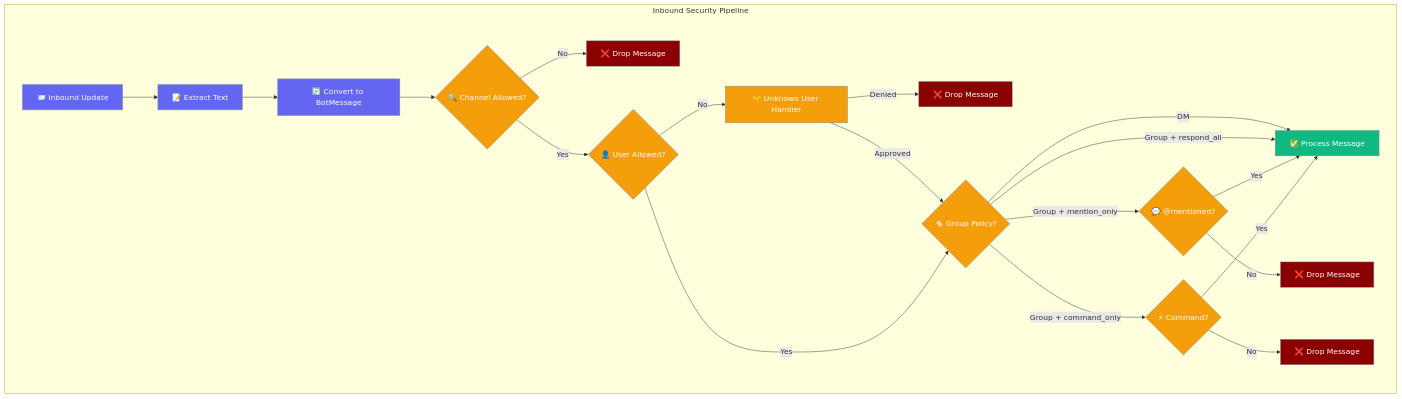
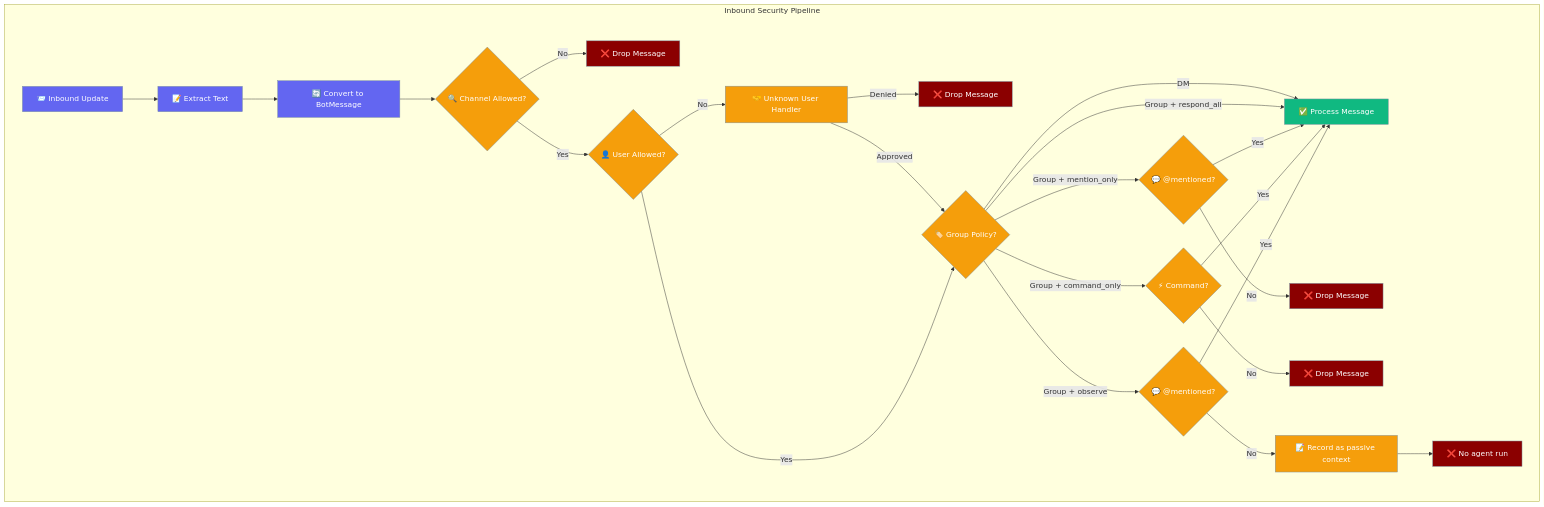
Before and after one commit to MervinPraison/PraisonAIDocs: the fourth of 7 diagrams in docs/features/bot-gateway.mdx, drawn with Mermaid. The commit also changed 6 other files, not shown here.

First line of the commit message:
docs: document observe group_policy (passive group context) (fixes #2359)

````diff
--- a/docs/features/bot-gateway.mdx
+++ b/docs/features/bot-gateway.mdx
@@ -352,32 +352,36 @@
 ```mermaid
 graph TB
     subgraph "Inbound Security Pipeline"
         Message[📨 Inbound Update] --> Extract[📝 Extract Text]
         Extract --> Convert[🔄 Convert to BotMessage]
         Convert --> Check1{🔍 Channel Allowed?}
         Check1 -->|No| Drop1[❌ Drop Message]
         Check1 -->|Yes| Check2{👤 User Allowed?}
         Check2 -->|No| Pairing[🤝 Unknown User Handler]
         Pairing -->|Denied| Drop2[❌ Drop Message]
         Pairing -->|Approved| Check3{🏷️ Group Policy?}
         Check2 -->|Yes| Check3
         Check3 -->|DM| Process[✅ Process Message]
         Check3 -->|Group + mention_only| Mention{💬 @mentioned?}
         Check3 -->|Group + command_only| Command{⚡ Command?}
         Check3 -->|Group + respond_all| Process
+        Check3 -->|Group + observe| Mention2{💬 @mentioned?}
         Mention -->|Yes| Process
         Mention -->|No| Drop3[❌ Drop Message]
         Command -->|Yes| Process
         Command -->|No| Drop4[❌ Drop Message]
+        Mention2 -->|Yes| Process
+        Mention2 -->|No| Record[📝 Record as passive context]
+        Record --> Drop5[❌ No agent run]
     end
     
     classDef input fill:#6366F1,stroke:#7C90A0,color:#fff
     classDef check fill:#F59E0B,stroke:#7C90A0,color:#fff
     classDef success fill:#10B981,stroke:#7C90A0,color:#fff
     classDef drop fill:#8B0000,stroke:#7C90A0,color:#fff
     
     class Message,Extract,Convert input
-    class Check1,Check2,Check3,Mention,Command,Pairing check
+    class Check1,Check2,Check3,Mention,Command,Mention2,Record,Pairing check
     class Process success
-    class Drop1,Drop2,Drop3,Drop4 drop
+    class Drop1,Drop2,Drop3,Drop4,Drop5 drop
 ```
````
